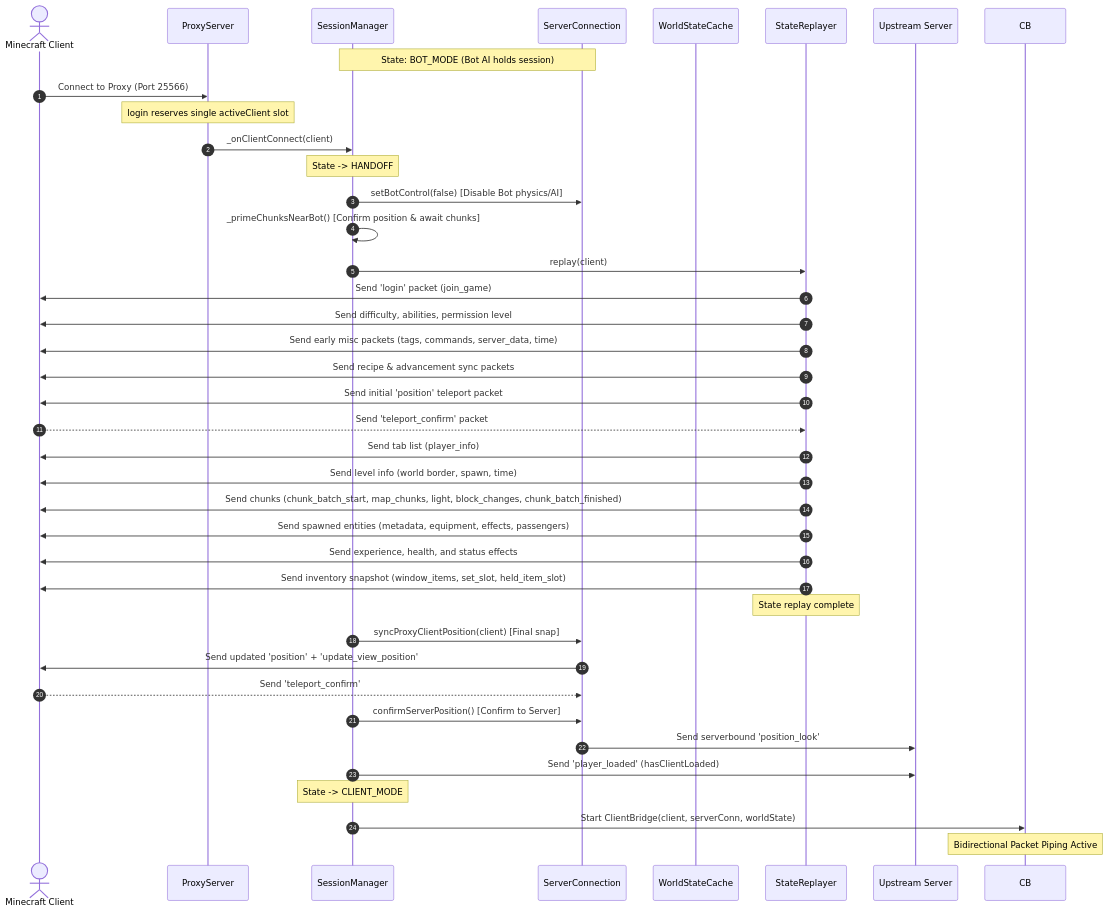
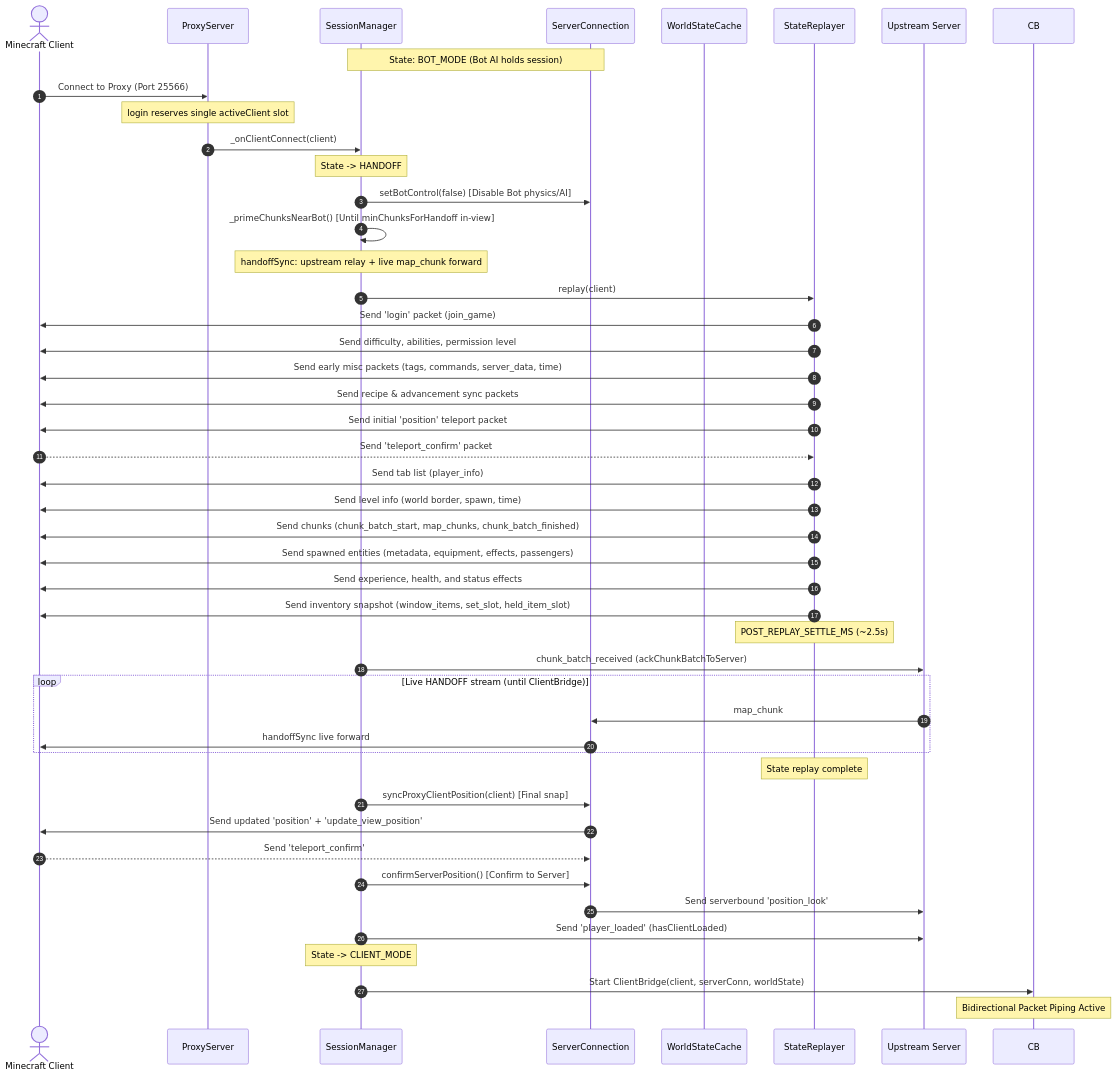
One commit to sebseb7/flayerproxy changed the second of 4 diagrams in codebase_map.md. Above: the diagram before and after it, drawn with Mermaid. The commit also changed other lines of this file and 13 other files, not shown here.

````diff
--- a/codebase_map.md
+++ b/codebase_map.md
@@ -84,42 +84,49 @@
 ```mermaid
 sequenceDiagram
     autonumber
     actor Player as Minecraft Client
     participant PS as ProxyServer
     participant SM as SessionManager
     participant SC as ServerConnection
     participant WSC as WorldStateCache
     participant SR as StateReplayer
     participant Server as Upstream Server
 
     Note over SM,SC: State: BOT_MODE (Bot AI holds session)
     Player->>PS: Connect to Proxy (Port 25566)
     Note over PS: login reserves single activeClient slot
     PS->>SM: _onClientConnect(client)
     Note over SM: State -> HANDOFF
     SM->>SC: setBotControl(false) [Disable Bot physics/AI]
-    SM->>SM: _primeChunksNearBot() [Confirm position & await chunks]
+    SM->>SM: _primeChunksNearBot() [Until minChunksForHandoff in-view]
+    Note over SM: handoffSync: upstream relay + live map_chunk forward
     SM->>SR: replay(client)
     SR->>Player: Send 'login' packet (join_game)
     SR->>Player: Send difficulty, abilities, permission level
     SR->>Player: Send early misc packets (tags, commands, server_data, time)
     SR->>Player: Send recipe & advancement sync packets
     SR->>Player: Send initial 'position' teleport packet
     Player-->>SR: Send 'teleport_confirm' packet
     SR->>Player: Send tab list (player_info)
     SR->>Player: Send level info (world border, spawn, time)
-    SR->>Player: Send chunks (chunk_batch_start, map_chunks, light, block_changes, chunk_batch_finished)
+    SR->>Player: Send chunks (chunk_batch_start, map_chunks, chunk_batch_finished)
     SR->>Player: Send spawned entities (metadata, equipment, effects, passengers)
     SR->>Player: Send experience, health, and status effects
     SR->>Player: Send inventory snapshot (window_items, set_slot, held_item_slot)
+    Note over SR: POST_REPLAY_SETTLE_MS (~2.5s)
+    SM->>Server: chunk_batch_received (ackChunkBatchToServer)
+    loop Live HANDOFF stream (until ClientBridge)
+        Server->>SC: map_chunk
+        SC->>Player: handoffSync live forward
+    end
     Note over SR: State replay complete
     SM->>SC: syncProxyClientPosition(client) [Final snap]
     SC->>Player: Send updated 'position' + 'update_view_position'
     Player-->>SC: Send 'teleport_confirm'
     SM->>SC: confirmServerPosition() [Confirm to Server]
     SC->>Server: Send serverbound 'position_look'
     SM->>Server: Send 'player_loaded' (hasClientLoaded)
     Note over SM: State -> CLIENT_MODE
     SM->>CB: Start ClientBridge(client, serverConn, worldState)
     Note over CB: Bidirectional Packet Piping Active
 ```
````
